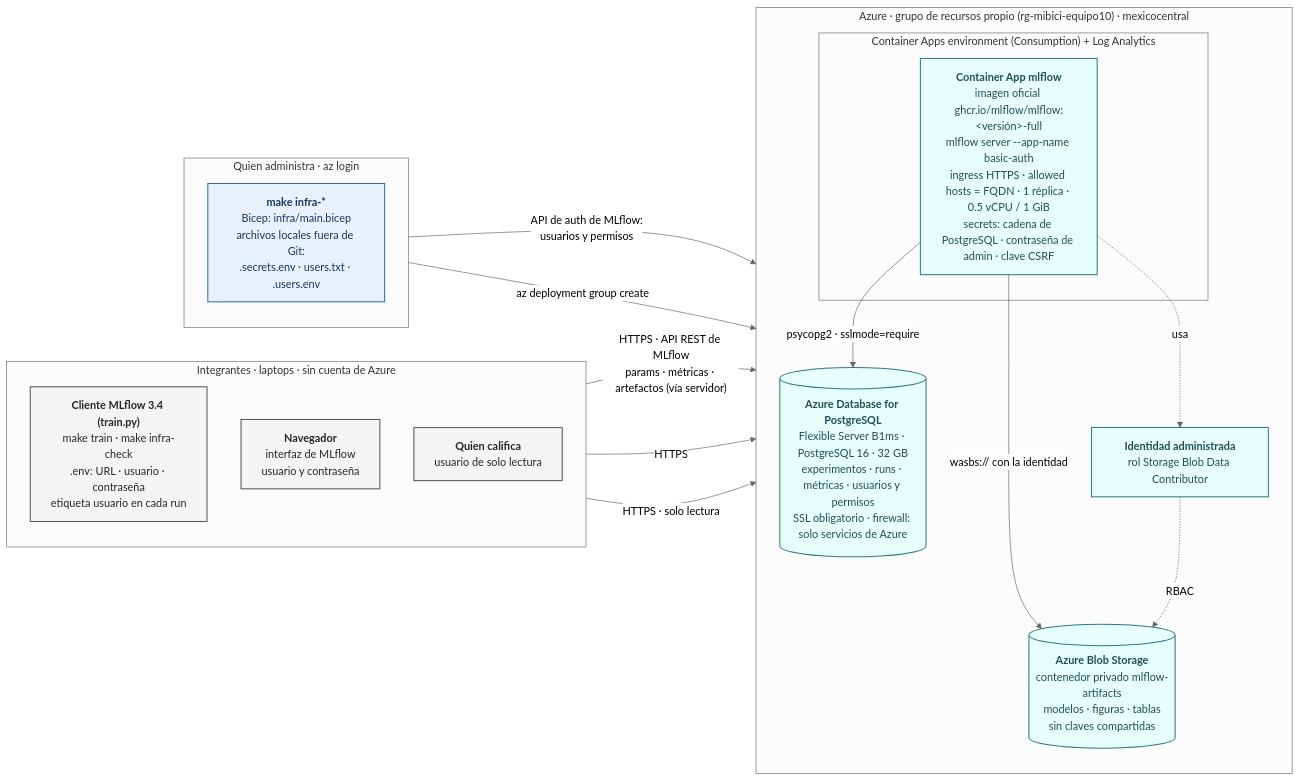
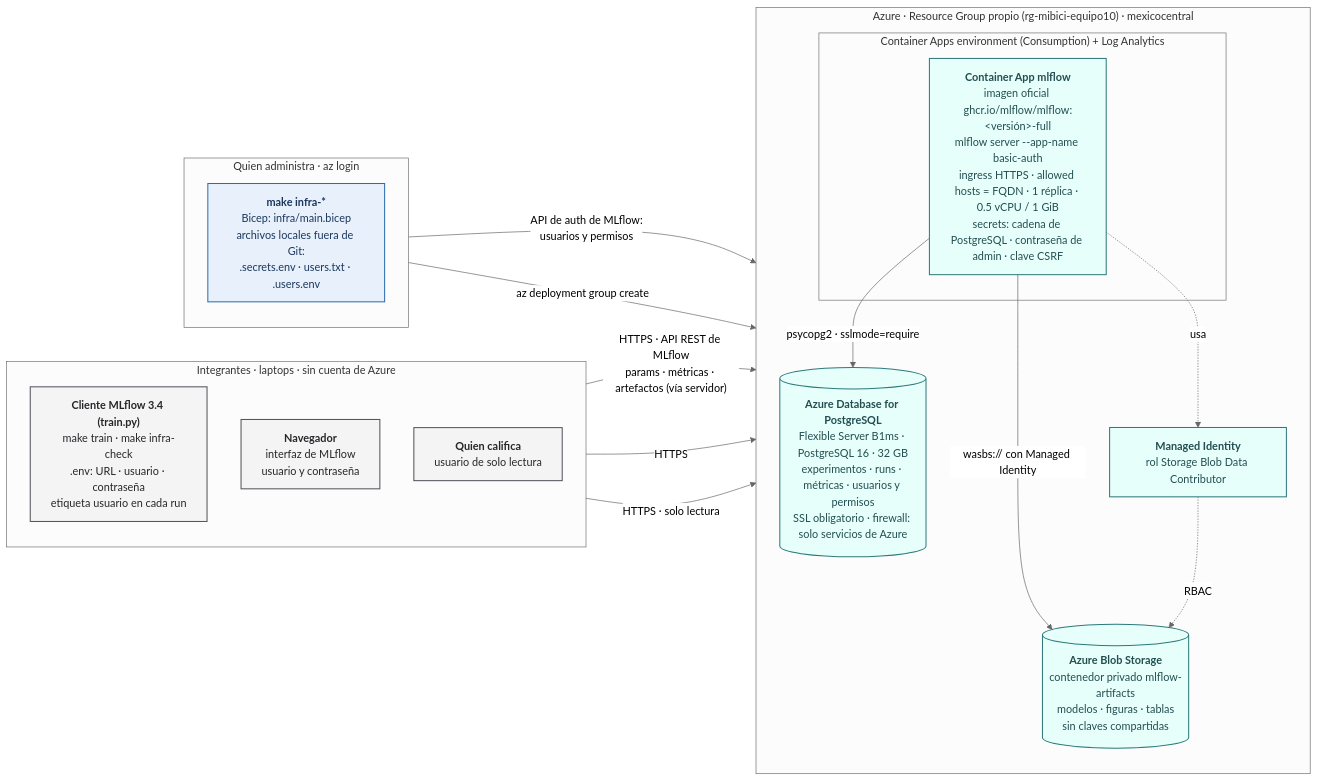
The diagram in references/infraestructura_nube.mmd (WillSagzz/TC5061-Proyecto-Equipo10), drawn with Mermaid (neutral theme) before and after one commit. The commit also changed 7 other files, not shown here.

First line of the commit message:
docs(infra): conserva en inglés los nombres de los recursos de Azure en diagramas y guías

```diff
--- a/references/infraestructura_nube.mmd
+++ b/references/infraestructura_nube.mmd
@@ -1,43 +1,43 @@
 %% Infraestructura en la nube · Servidor MLflow compartido · Proyecto MiBici · TC5061 Equipo 10
 %% Fuente de la figura de infra/README.md y del README. Se exporta a infraestructura_nube.png con mermaid-cli (ver docs/entregas/entrega01/README.md).
 %% No contiene la URL del servidor, usuarios ni secretos: solo la forma de la arquitectura. Todo lo verde se crea con infra/main.bicep.
 flowchart LR
 
   subgraph EQUIPO["Integrantes · laptops · sin cuenta de Azure"]
     direction TB
     DEV["<b>Cliente MLflow 3.4 (train.py)</b><br/>make train · make infra-check<br/>.env: URL · usuario · contraseña<br/>etiqueta usuario en cada run"]
     UI["<b>Navegador</b><br/>interfaz de MLflow<br/>usuario y contraseña"]
     REV["<b>Quien califica</b><br/>usuario de solo lectura"]
   end
 
   subgraph ADMIN["Quien administra · az login"]
     direction TB
     MAKE["<b>make infra-*</b><br/>Bicep: infra/main.bicep<br/>archivos locales fuera de Git:<br/>.secrets.env · users.txt · .users.env"]
   end
 
-  subgraph RG["Azure · grupo de recursos propio (rg-mibici-equipo10) · mexicocentral"]
+  subgraph RG["Azure · Resource Group propio (rg-mibici-equipo10) · mexicocentral"]
     direction TB
     subgraph CAE["Container Apps environment (Consumption) + Log Analytics"]
       APP["<b>Container App mlflow</b><br/>imagen oficial ghcr.io/mlflow/mlflow:&lt;versión&gt;-full<br/>mlflow server --app-name basic-auth<br/>ingress HTTPS · allowed hosts = FQDN · 1 réplica · 0.5 vCPU / 1 GiB<br/>secrets: cadena de PostgreSQL · contraseña de admin · clave CSRF"]
     end
-    ID["<b>Identidad administrada</b><br/>rol Storage Blob Data Contributor"]
+    ID["<b>Managed Identity</b><br/>rol Storage Blob Data Contributor"]
     PG[("<b>Azure Database for PostgreSQL</b><br/>Flexible Server B1ms · PostgreSQL 16 · 32 GB<br/>experimentos · runs · métricas · usuarios y permisos<br/>SSL obligatorio · firewall: solo servicios de Azure")]
     BLOB[("<b>Azure Blob Storage</b><br/>contenedor privado mlflow-artifacts<br/>modelos · figuras · tablas<br/>sin claves compartidas")]
   end
 
   DEV -- "HTTPS · API REST de MLflow<br/>params · métricas · artefactos (vía servidor)" --> APP
   UI -- "HTTPS" --> APP
   REV -- "HTTPS · solo lectura" --> APP
   APP -- "psycopg2 · sslmode=require" --> PG
-  APP -- "wasbs:// con la identidad" --> BLOB
+  APP -- "wasbs:// con Managed Identity" --> BLOB
   APP -. "usa" .-> ID
   ID -. "RBAC" .-> BLOB
   MAKE -- "az deployment group create" --> RG
   MAKE -- "API de auth de MLflow:<br/>usuarios y permisos" --> APP
 
   classDef persona fill:#f4f4f5,stroke:#52525b,stroke-width:1.5px,color:#27272a
   classDef admin fill:#e8f1fb,stroke:#2b6cb0,stroke-width:1.5px,color:#1a365d
   classDef cloud fill:#e6fffa,stroke:#2c7a7b,stroke-width:1.5px,color:#234e52
   class DEV,UI,REV persona
   class MAKE admin
   class APP,ID,PG,BLOB cloud
```
